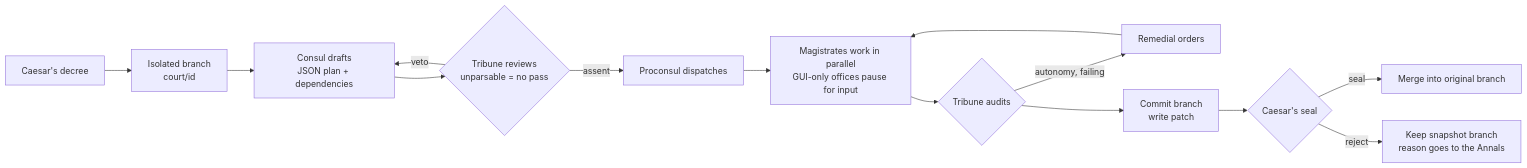
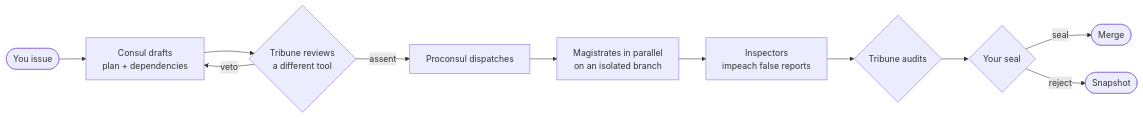
Before and after one commit to shilaoban666/dsh-imperial-court: the diagram in README.en.md, drawn with Mermaid. The commit also changed other lines of this file and 15 other files, not shown here.

````diff
--- a/README.en.md
+++ b/README.en.md
@@ -106,15 +105,13 @@
 ```mermaid
 flowchart LR
-  E[Caesar's decree] --> W[Isolated branch<br/>court/id]
-  W --> Z[Consul drafts<br/>JSON plan + dependencies]
-  Z --> M{Tribune reviews<br/>unparsable = no pass}
+  E([You issue]) --> Z[Consul drafts<br/>plan + dependencies]
+  Z --> M{Tribune reviews<br/>a different tool}
   M -- veto --> Z
   M -- assent --> S[Proconsul dispatches]
-  S --> L[Magistrates work in parallel<br/>GUI-only offices pause for input]
-  L --> R{Tribune audits}
-  R -- autonomy, failing --> F[Remedial orders] --> L
-  R --> C[Commit branch<br/>write patch]
-  C --> A{Caesar's seal}
-  A -- seal --> G[Merge into original branch]
-  A -- reject --> X[Keep snapshot branch<br/>reason goes to the Annals]
+  S --> L[Magistrates in parallel<br/>on an isolated branch]
+  L --> Y[Inspectors<br/>impeach false reports]
+  Y --> R{Tribune audits}
+  R --> A{Your seal}
+  A -- seal --> G([Merge])
+  A -- reject --> X([Snapshot])
 ```
````
